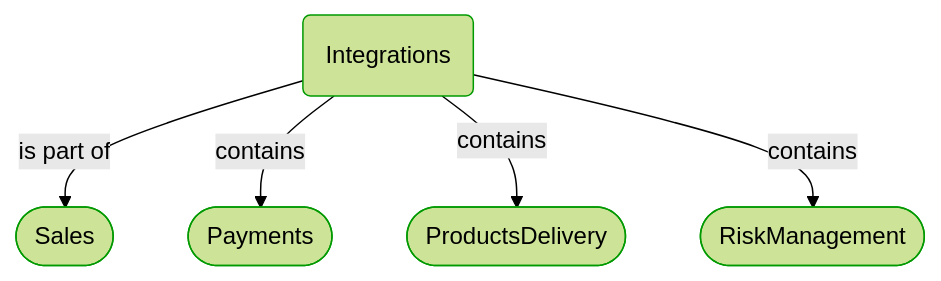
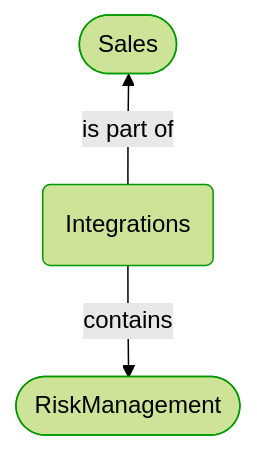
The first of 4 diagrams in Docs/P3/MermaidOutput/Modules/Sales/Integrations/Integrations.md (itlibrium/DDD-starter-dotnet), drawn with Mermaid (forest theme) before and after one commit. The commit also changed other lines of this file and 174 other files, not shown here.

````diff
--- a/Docs/P3/MermaidOutput/Modules/Sales/Integrations/Integrations.md
+++ b/Docs/P3/MermaidOutput/Modules/Sales/Integrations/Integrations.md
@@ -20,20 +20,17 @@
 ```mermaid
   flowchart TB
-    0(Integrations)
+    0([Sales])
     class 0 DomainPerspective
-    1([Sales])
+    1(Integrations)
     class 1 DomainPerspective
-    0-->|is part of|1
-    2([Payments])
+    0---1
+    1-->|is part of|0
+    1---0
+    2([RiskManagement])
     class 2 DomainPerspective
-    0-->|contains|2
-    3([ProductsDelivery])
-    class 3 DomainPerspective
-    0-->|contains|3
-    4([RiskManagement])
-    class 4 DomainPerspective
-    0-->|contains|4
+    1-->|contains|2
+    linkStyle 0,2 stroke:none
     classDef DomainPerspective stroke:#009900
     classDef TechnologyPerspective stroke:#1F41EB
     classDef PeoplePerspective stroke:#FFF014
 ```
````
